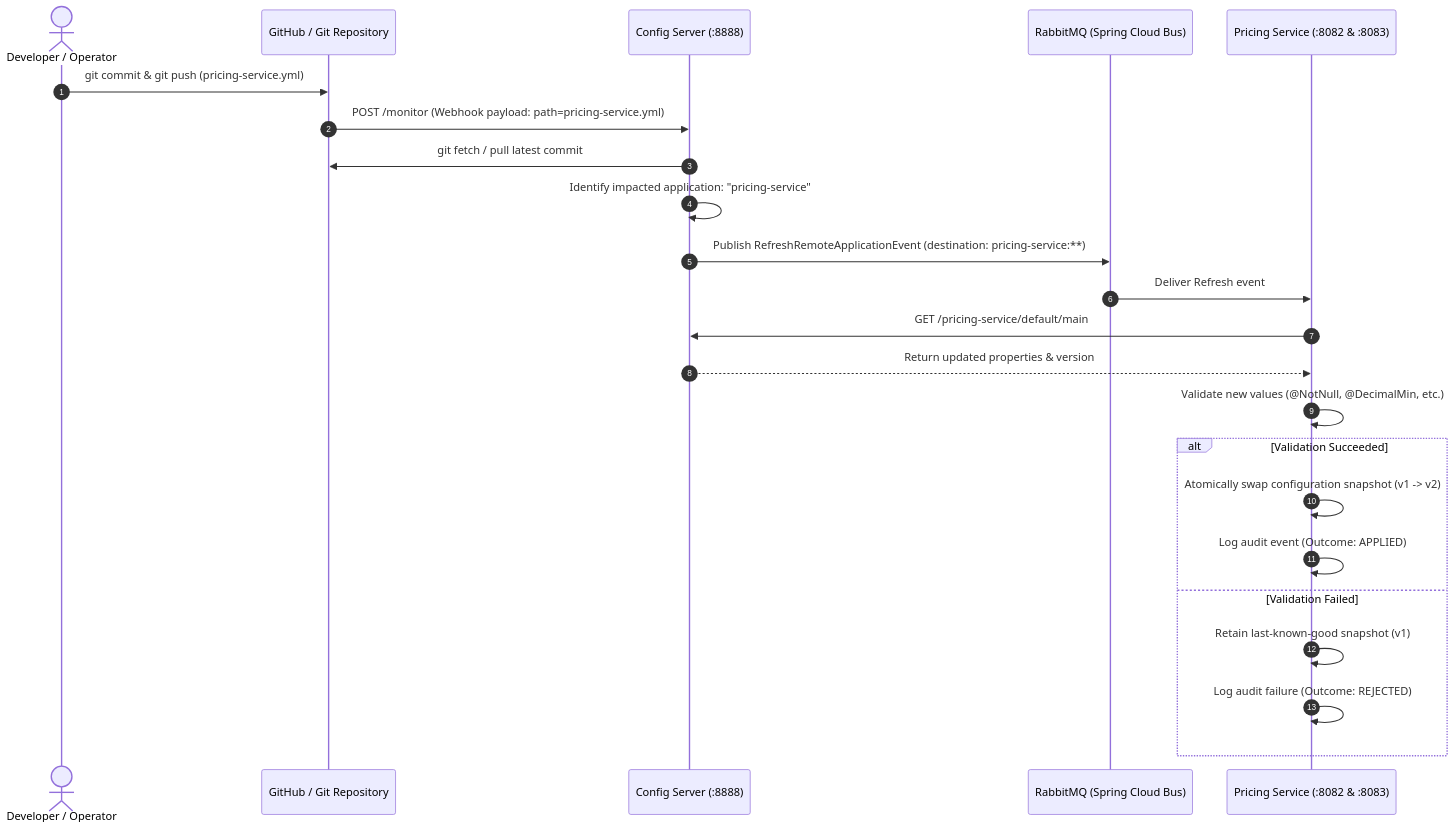
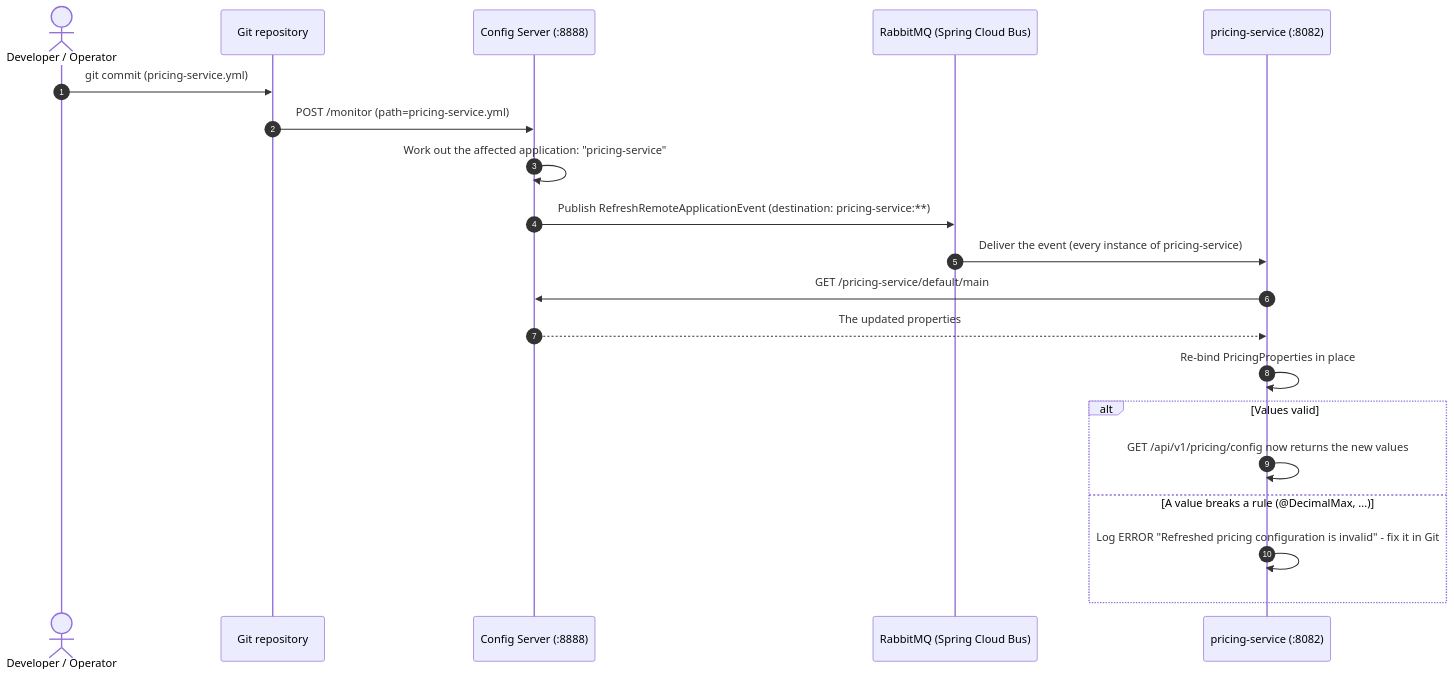
One commit to kirankumarhm/springboot-config-server-external-properties-demo changed the third of 4 diagrams in version-a-git/README.md. Above: the diagram before and after it, drawn with Mermaid. The commit also changed other lines of this file and 438 other files, not shown here.

````diff
--- a/version-a-git/README.md
+++ b/version-a-git/README.md
@@ -81,26 +104,23 @@
 ```mermaid
 sequenceDiagram
     autonumber
     actor Dev as Developer / Operator
-    participant Git as GitHub / Git Repository
+    participant Git as Git repository
     participant CS as Config Server (:8888)
     participant RMQ as RabbitMQ (Spring Cloud Bus)
-    participant Client as Pricing Service (:8082 & :8083)
+    participant Client as pricing-service (:8082)
 
-    Dev->>Git: git commit & git push (pricing-service.yml)
-    Git->>CS: POST /monitor (Webhook payload: path=pricing-service.yml)
-    CS->>Git: git fetch / pull latest commit
-    CS->>CS: Identify impacted application: "pricing-service"
+    Dev->>Git: git commit (pricing-service.yml)
+    Git->>CS: POST /monitor (path=pricing-service.yml)
+    CS->>CS: Work out the affected application: "pricing-service"
     CS->>RMQ: Publish RefreshRemoteApplicationEvent (destination: pricing-service:**)
-    RMQ->>Client: Deliver Refresh event
+    RMQ->>Client: Deliver the event (every instance of pricing-service)
     Client->>CS: GET /pricing-service/default/main
-    CS-->>Client: Return updated properties & version
-    Client->>Client: Validate new values (@NotNull, @DecimalMin, etc.)
-    alt Validation Succeeded
-        Client->>Client: Atomically swap configuration snapshot (v1 -> v2)
-        Client->>Client: Log audit event (Outcome: APPLIED)
-    else Validation Failed
-        Client->>Client: Retain last-known-good snapshot (v1)
-        Client->>Client: Log audit failure (Outcome: REJECTED)
+    CS-->>Client: The updated properties
+    Client->>Client: Re-bind PricingProperties in place
+    alt Values valid
+        Client->>Client: GET /api/v1/pricing/config now returns the new values
+    else A value breaks a rule (@DecimalMax, ...)
+        Client->>Client: Log ERROR "Refreshed pricing configuration is invalid" - fix it in Git
     end
 ```
````
